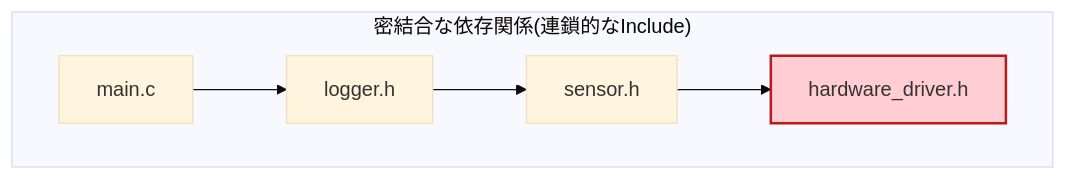
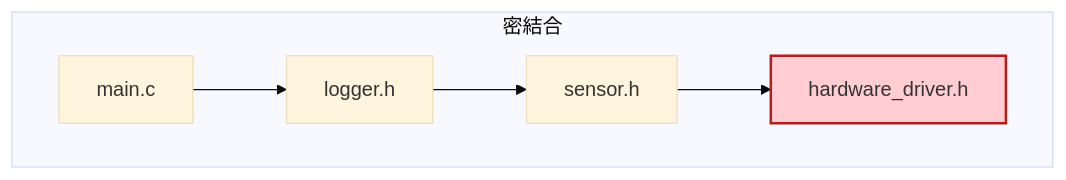
Before and after one commit to kumachan1101/BookProject: the first of 7 diagrams in 01_原稿/07_第1部 第5章 モジュール構成とヘッダ設計 - 最小限の契約公開と依存の最小化_01.md, drawn with Mermaid (base theme). The commit also changed other lines of this file and 65 other files, not shown here.

````diff
--- a/01_原稿/07_第1部 第5章 モジュール構成とヘッダ設計 - 最小限の契約公開と依存の最小化_01.md
+++ b/01_原稿/07_第1部 第5章 モジュール構成とヘッダ設計 - 最小限の契約公開と依存の最小化_01.md
@@ -33,10 +30,10 @@
 ```mermaid
 graph TB
-      subgraph "密結合な依存関係(連鎖的なInclude)"
+      subgraph "密結合"
       A["main.c"] --> B["logger.h"]
       B --> C["sensor.h"]
       C --> D["hardware_driver.h"]
       end
 
       style D fill:#ffcdd2,stroke:#b71c1c,stroke-width:2px
 ```
````
